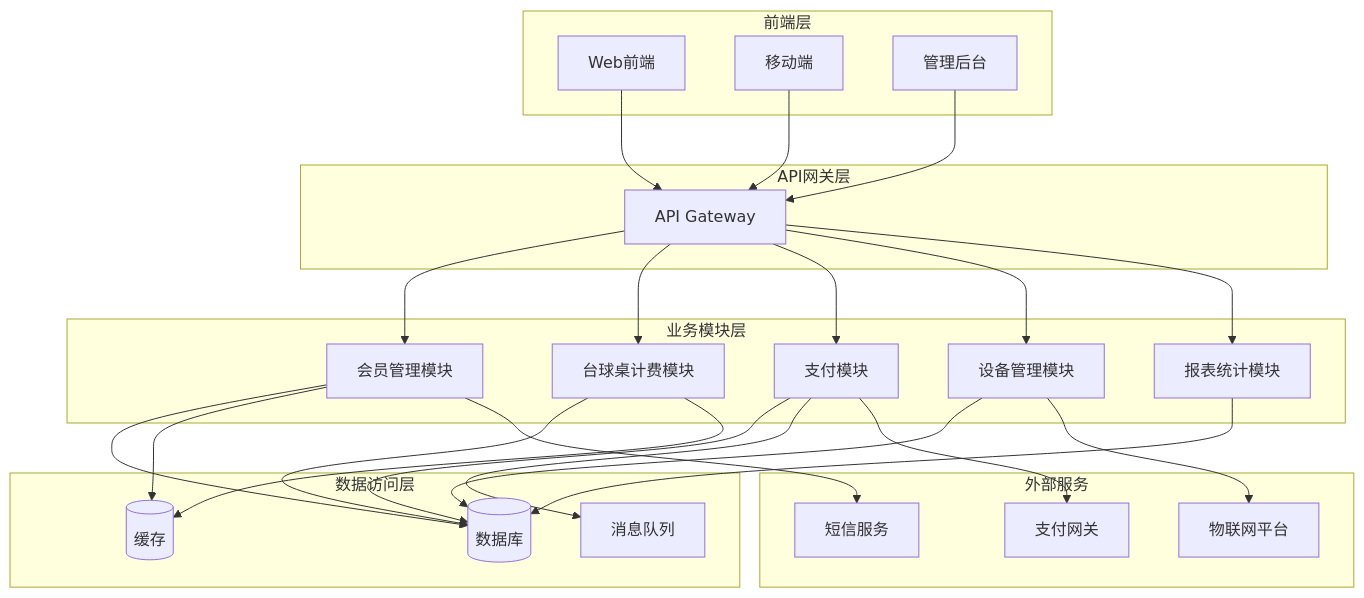
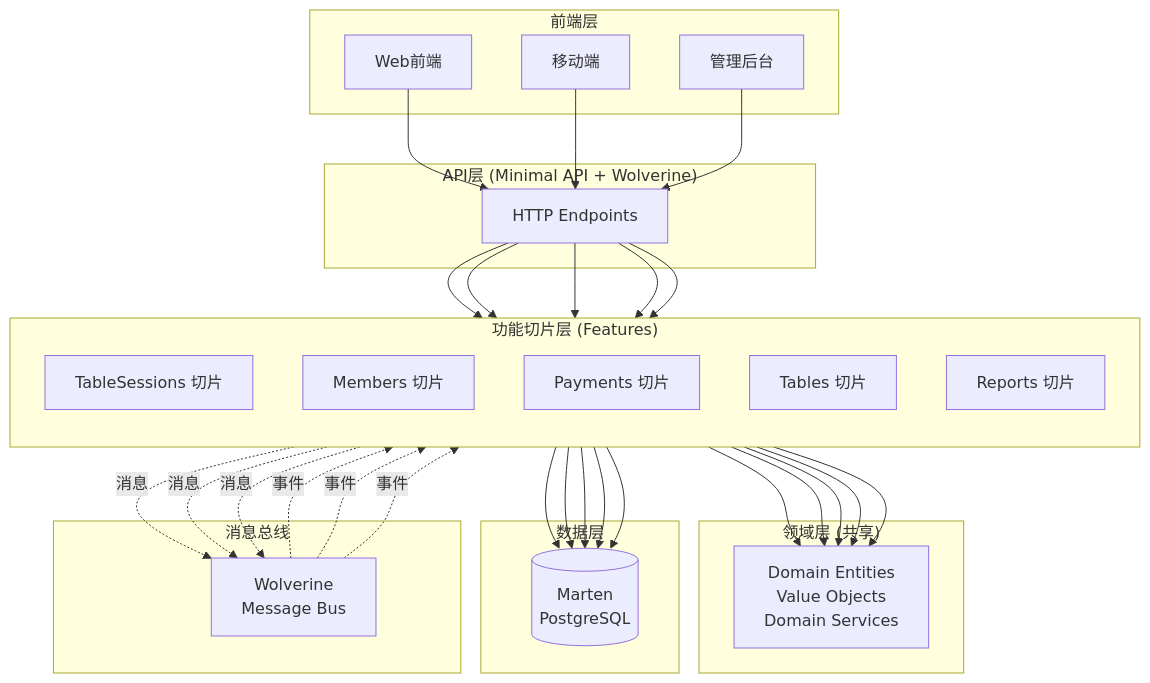
The second of 4 diagrams in doc/04_模块设计/README.md (douhuaa/Zss.BilliardHall), drawn with Mermaid before and after one commit. The commit also changed other lines of this file and 1 other file, not shown here.

````diff
--- a/doc/04_模块设计/README.md
+++ b/doc/04_模块设计/README.md
@@ -45,56 +107,63 @@
 ```mermaid
 graph TB
     subgraph "前端层"
         WEB[Web前端]
         MOBILE[移动端]
         ADMIN[管理后台]
     end
     
-    subgraph "API网关层"
-        GATEWAY[API Gateway]
+    subgraph "API层 (Minimal API + Wolverine)"
+        API[HTTP Endpoints]
     end
     
-    subgraph "业务模块层"
-        USER[会员管理模块]
-        BILLING[台球桌计费模块]
-        PAYMENT[支付模块]
-        DEVICE[设备管理模块]
-        REPORT[报表统计模块]
+    subgraph "功能切片层 (Features)"
+        direction TB
+        TS[TableSessions 切片]
+        MB[Members 切片]
+        PM[Payments 切片]
+        TB[Tables 切片]
+        RP[Reports 切片]
     end
     
-    subgraph "数据访问层"
-        DB[(数据库)]
-        CACHE[(缓存)]
-        MQ[消息队列]
+    subgraph "领域层 (共享)"
+        DOM[Domain Entities<br/>Value Objects<br/>Domain Services]
     end
     
-    subgraph "外部服务"
-        PAY_GATEWAY[支付网关]
-        SMS[短信服务]
-        IOT[物联网平台]
+    subgraph "数据层"
+        MARTEN[(Marten<br/>PostgreSQL)]
     end
     
-    WEB --> GATEWAY
-    MOBILE --> GATEWAY
-    ADMIN --> GATEWAY
+    subgraph "消息总线"
+        WOLVERINE[Wolverine<br/>Message Bus]
+    end
     
-    GATEWAY --> USER
-    GATEWAY --> BILLING
-    GATEWAY --> PAYMENT
-    GATEWAY --> DEVICE
-    GATEWAY --> REPORT
+    WEB --> API
+    MOBILE --> API
+    ADMIN --> API
     
-    USER --> DB
-    BILLING --> DB
-    PAYMENT --> DB
-    DEVICE --> DB
-    REPORT --> DB
+    API --> TS
+    API --> MB
+    API --> PM
+    API --> TB
+    API --> RP
     
-    USER --> CACHE
-    BILLING --> CACHE
-    PAYMENT --> MQ
-    DEVICE --> IOT
+    TS --> DOM
+    MB --> DOM
+    PM --> DOM
+    TB --> DOM
+    RP --> DOM
     
-    PAYMENT --> PAY_GATEWAY
-    USER --> SMS
+    TS --> MARTEN
+    MB --> MARTEN
+    PM --> MARTEN
+    TB --> MARTEN
+    RP --> MARTEN
+    
+    TS -.消息.-> WOLVERINE
+    MB -.消息.-> WOLVERINE
+    PM -.消息.-> WOLVERINE
+    
+    WOLVERINE -.事件.-> TS
+    WOLVERINE -.事件.-> MB
+    WOLVERINE -.事件.-> PM
 ```
````
